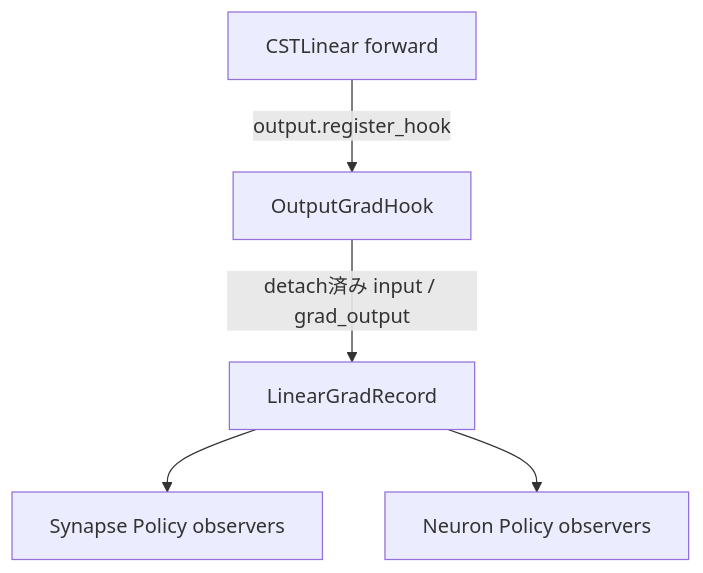
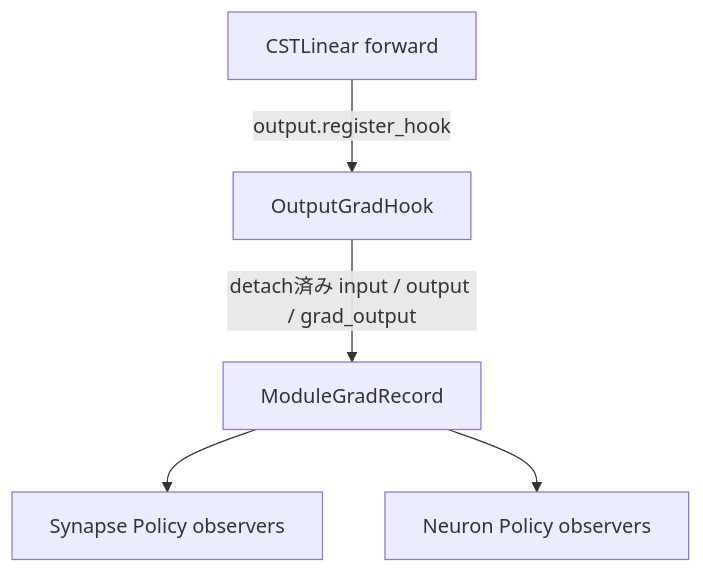
The fourth of 11 diagrams in docs/architecture_workbench.md (takumiecd/torchcst), drawn with Mermaid before and after one commit. The commit also changed other lines of this file and 8 other files, not shown here.

Commit message:
Define module gradient record surface

````diff
--- a/docs/architecture_workbench.md
+++ b/docs/architecture_workbench.md
@@ -247,8 +247,8 @@
 ```mermaid
 flowchart TD
     Linear[CSTLinear forward]
     Linear -->|output.register_hook| Hook[OutputGradHook]
-    Hook -->|detach済み input / grad_output| Record[LinearGradRecord]
+    Hook -->|detach済み input / output / grad_output| Record[ModuleGradRecord]
     Record --> SynObservers[Synapse Policy observers]
     Record --> NeuronObservers[Neuron Policy observers]
 ```
````
